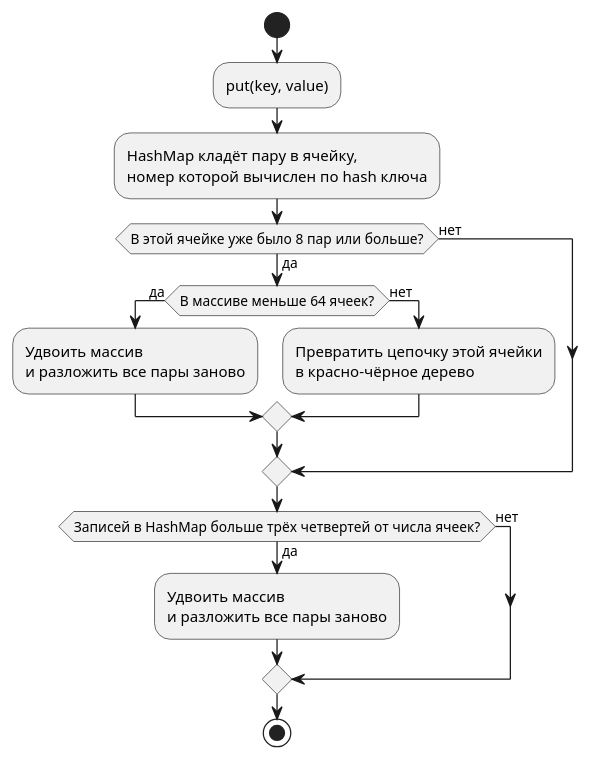
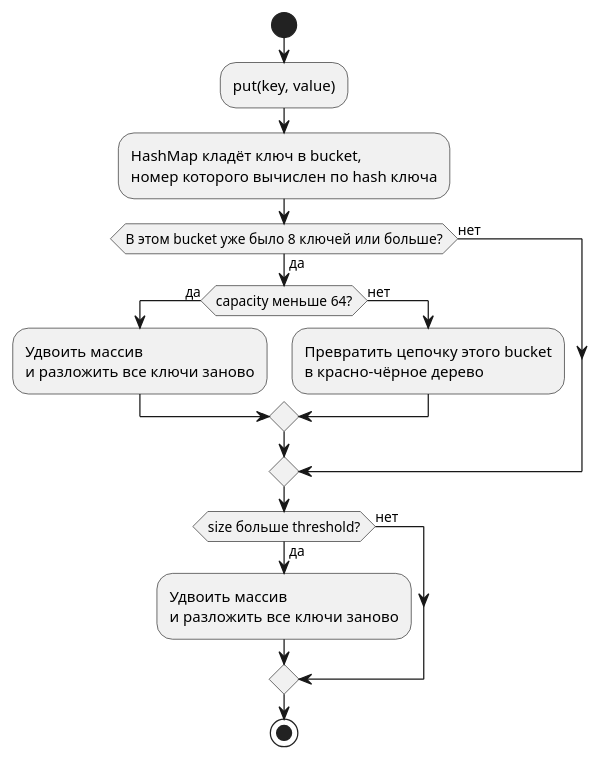
Before and after one commit to alex-sky-cloud/greeting-service-infra: the eighth of 8 diagrams in docs/interview/hashmap-resize-treeify.md, drawn with PlantUML. The commit also changed other lines of this file and 2 other files, not shown here.

````diff
--- a/docs/interview/hashmap-resize-treeify.md
+++ b/docs/interview/hashmap-resize-treeify.md
@@ -240,24 +1096,24 @@
 ```plantuml
 @startuml
 start
 :put(key, value);
-:HashMap кладёт пару в ячейку,
-номер которой вычислен по hash ключа;
-if (В этой ячейке уже было 8 пар или больше?) then (да)
-  if (В массиве меньше 64 ячеек?) then (да)
+:HashMap кладёт ключ в bucket,
+номер которого вычислен по hash ключа;
+if (В этом bucket уже было 8 ключей или больше?) then (да)
+  if (capacity меньше 64?) then (да)
     :Удвоить массив
-    и разложить все пары заново;
+    и разложить все ключи заново;
   else (нет)
-    :Превратить цепочку этой ячейки
+    :Превратить цепочку этого bucket
     в красно-чёрное дерево;
   endif
 else (нет)
 endif
-if (Записей в HashMap больше трёх четвертей от числа ячеек?) then (да)
+if (size больше threshold?) then (да)
   :Удвоить массив
-  и разложить все пары заново;
+  и разложить все ключи заново;
 else (нет)
 endif
 stop
 @enduml
 ```
````
